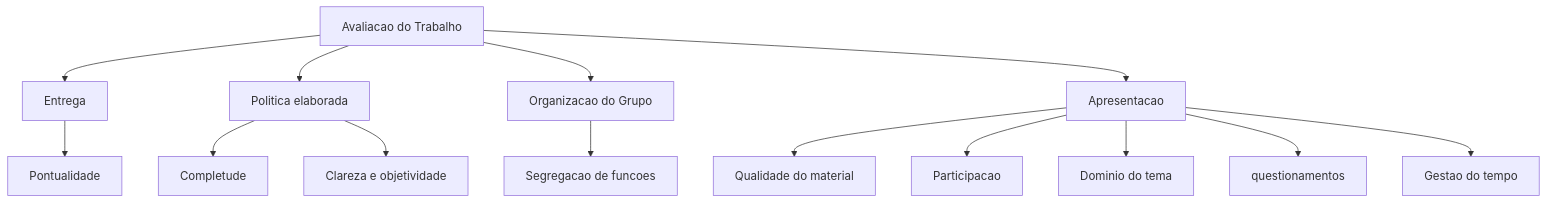
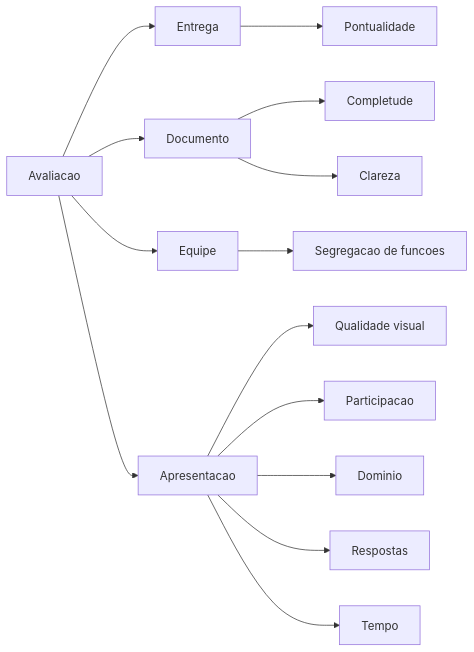
Before and after one commit to mehranmisaghi/cybersecurity: the second of 9 diagrams in projetos/PSII.md, drawn with Mermaid. The commit also changed other lines of this file, not shown here.

Commit message:
corrected

`````diff
--- a/projetos/PSII.md
+++ b/projetos/PSII.md
@@ -60,25 +61,21 @@
 ```mermaid
-flowchart TD
+flowchart LR
 
-A[Avaliacao do Trabalho] --> B[Entrega]
-A --> C[Politica elaborada]
-A --> D[Organizacao do Grupo]
+A[Avaliacao] --> B[Entrega]
+A --> C[Documento]
+A --> D[Equipe]
 A --> E[Apresentacao]
 
-%% Entrega
 B --> B1[Pontualidade]
 
-%% Documento
 C --> C1[Completude]
-C --> C2[Clareza e objetividade]
+C --> C2[Clareza]
 
-%% Grupo
 D --> D1[Segregacao de funcoes]
 
-%% Apresentacao
-E --> E1[Qualidade do material]
+E --> E1[Qualidade visual]
 E --> E2[Participacao]
-E --> E3[Dominio do tema]
-E --> E4[questionamentos]
-E --> E5[Gestao do tempo]
-```
+E --> E3[Dominio]
+E --> E4[Respostas]
+E --> E5[Tempo]
+````
`````
